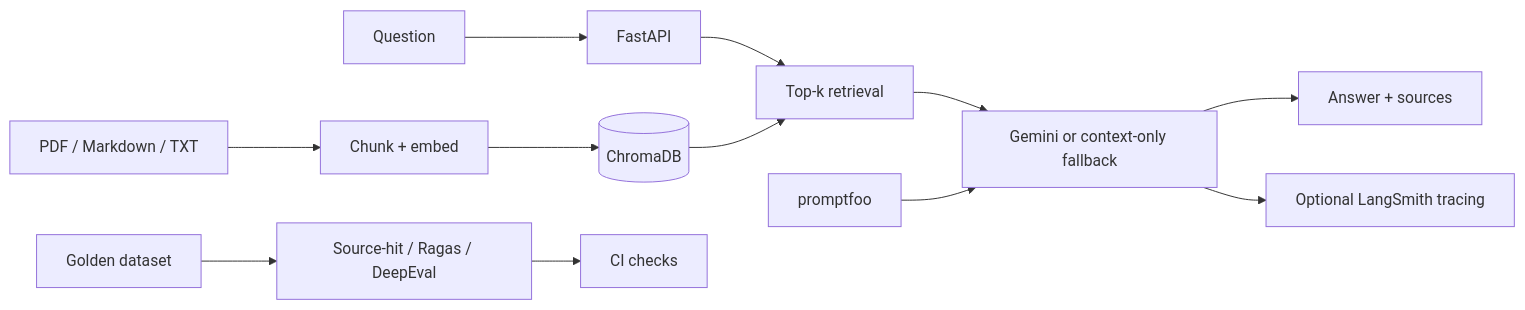
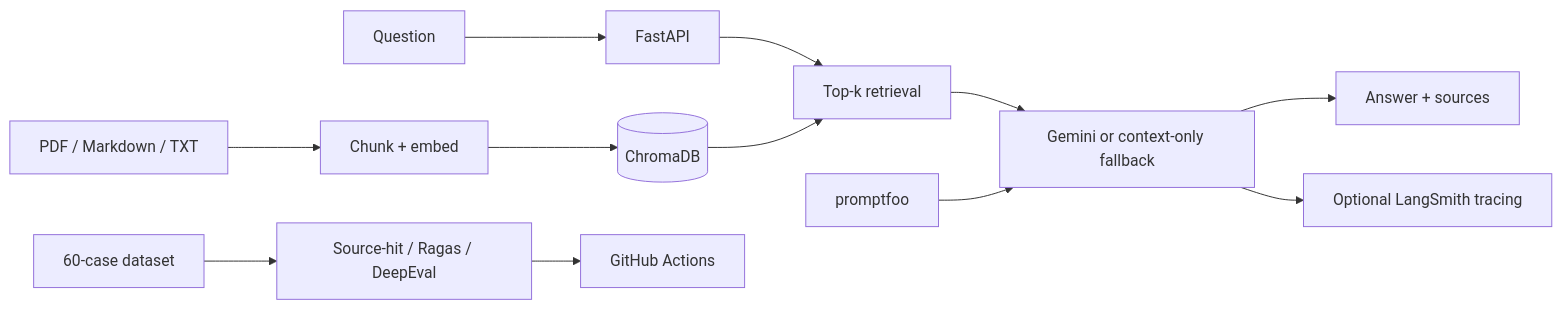
One commit to Gorak7/gorak7 changed the diagram in rag-eval-pipeline/README.md. Above: the diagram before and after it, drawn with Mermaid. The commit also changed other lines of this file, not shown here.

Commit message:
Update project docs for CI execution and verification scope: rag-eval-pipeline/README.md

````diff
--- a/rag-eval-pipeline/README.md
+++ b/rag-eval-pipeline/README.md
@@ -6,14 +6,14 @@
 ```mermaid
 flowchart LR
  D[PDF / Markdown / TXT] --> I[Chunk + embed]
  I --> V[(ChromaDB)]
  Q[Question] --> A[FastAPI]
  A --> R[Top-k retrieval]
  V --> R
  R --> L[Gemini or context-only fallback]
  L --> O[Answer + sources]
- G[Golden dataset] --> E[Source-hit / Ragas / DeepEval]
- E --> C[CI checks]
+ G[60-case dataset] --> E[Source-hit / Ragas / DeepEval]
+ E --> C[GitHub Actions]
  P[promptfoo] --> L
  L --> T[Optional LangSmith tracing]
 ```
````
